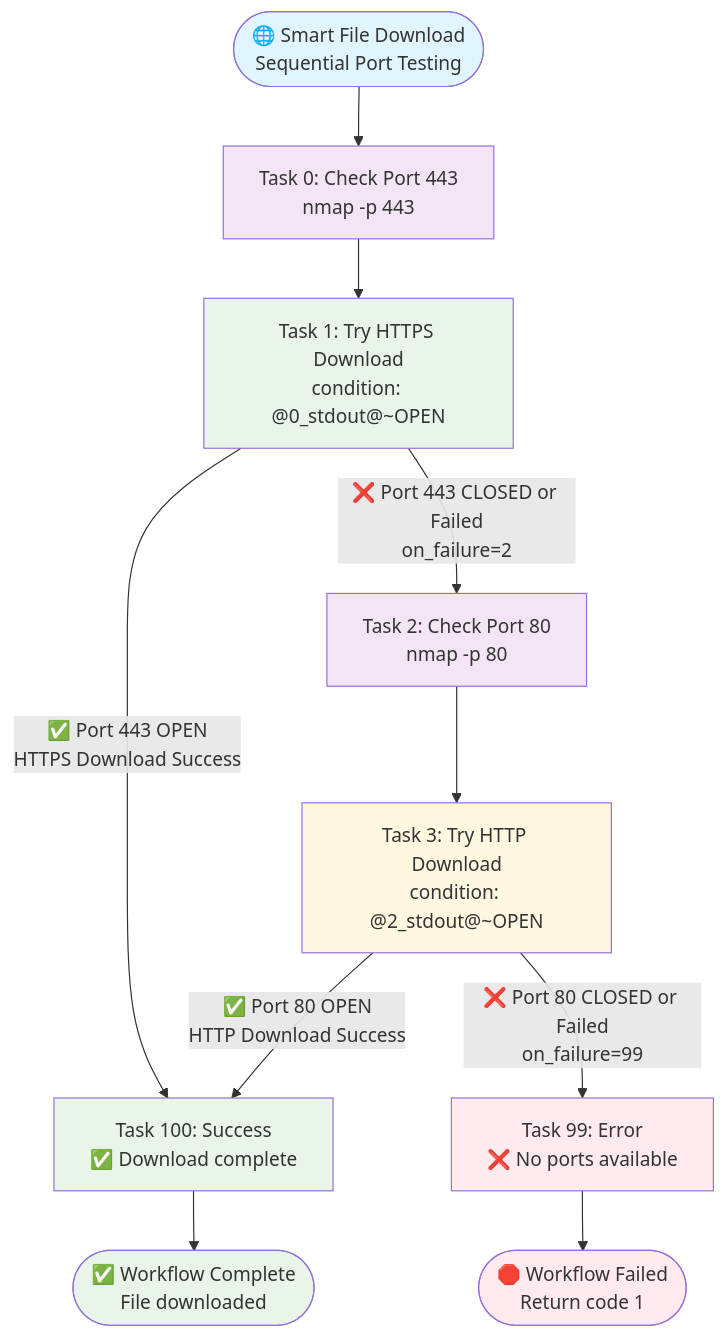
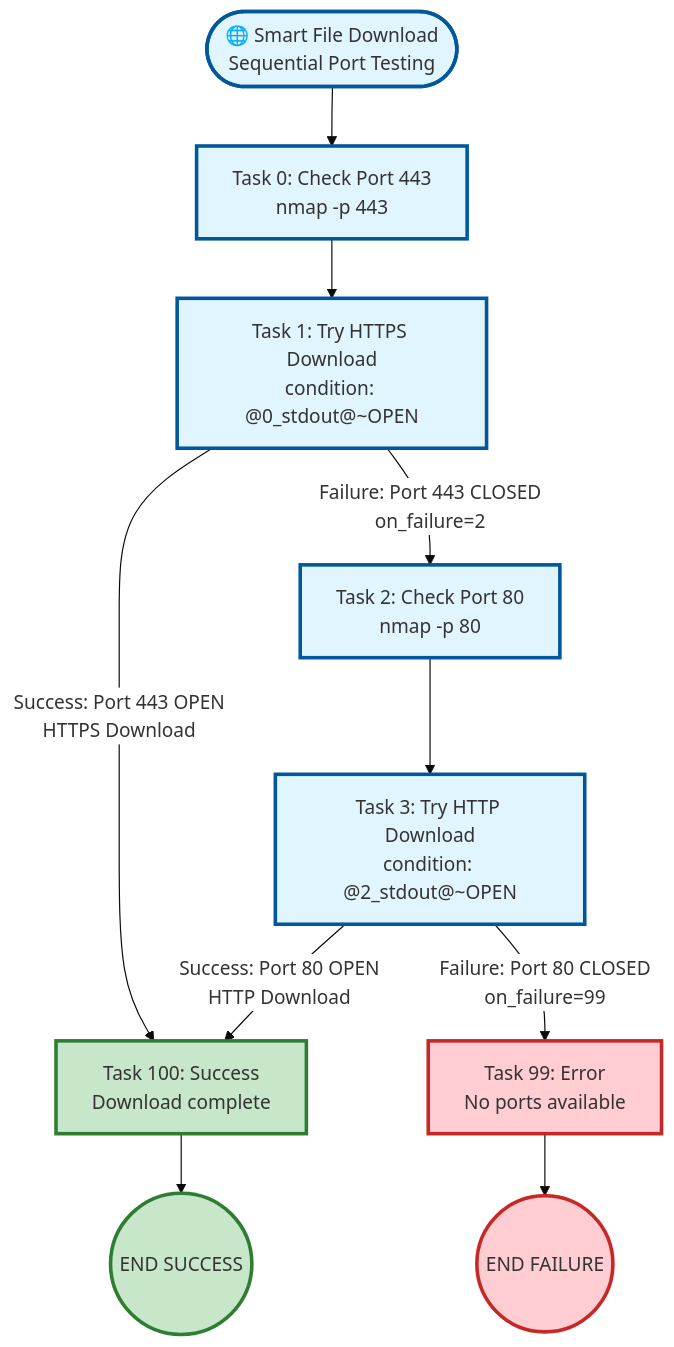
The fourth of 4 diagrams in README.md (bastelbude1/Tasker), drawn with Mermaid before and after one commit. The commit also changed other lines of this file, not shown here.

Commit message:
Fix: Standardize all graph colors and styling to match TaskER_FlowChart.md
- Updated first example graph (Service Health Check) with consistent colors:
  - Blue (#e1f5fe) for task execution blocks
  - Yellow (#ffecb3) for success evaluation blocks
  - Green (#c8e6c9) for success paths
  - Red (#ffcdd2) for failure paths

- Updated Smart File Download graph with same color scheme
- Added %%{init} directive for consistent theme
- Changed from 'graph TD' to 'flowchart TD' for consistency
- Used stroke-width:3px for all elements
- Standardized END blocks ((END SUCCESS)) and ((END FAILURE))

Color scheme now matches TaskER_FlowChart.md exactly

````diff
--- a/README.md
+++ b/README.md
@@ -2175,25 +2176,26 @@
 ```mermaid
-graph TD
+%%{init: {'theme':'base', 'themeVariables': {'primaryColor':'#ffffff'}}}%%
+flowchart TD
     Start([🌐 Smart File Download<br/>Sequential Port Testing]) --> T0[Task 0: Check Port 443<br/>nmap -p 443]
     T0 --> T1[Task 1: Try HTTPS Download<br/>condition: @0_stdout@~OPEN]
 
-    T1 -->|✅ Port 443 OPEN<br/>HTTPS Download Success| Success[Task 100: Success<br/>✅ Download complete]
-    T1 -->|❌ Port 443 CLOSED or Failed<br/>on_failure=2| T2[Task 2: Check Port 80<br/>nmap -p 80]
+    T1 -->|Success: Port 443 OPEN<br/>HTTPS Download| Success[Task 100: Success<br/>Download complete]
+    T1 -->|Failure: Port 443 CLOSED<br/>on_failure=2| T2[Task 2: Check Port 80<br/>nmap -p 80]
 
     T2 --> T3[Task 3: Try HTTP Download<br/>condition: @2_stdout@~OPEN]
-    T3 -->|✅ Port 80 OPEN<br/>HTTP Download Success| Success
-    T3 -->|❌ Port 80 CLOSED or Failed<br/>on_failure=99| Failed[Task 99: Error<br/>❌ No ports available]
+    T3 -->|Success: Port 80 OPEN<br/>HTTP Download| Success
+    T3 -->|Failure: Port 80 CLOSED<br/>on_failure=99| Failed[Task 99: Error<br/>No ports available]
 
-    Success --> Complete([✅ Workflow Complete<br/>File downloaded])
-    Failed --> Stop([🛑 Workflow Failed<br/>Return code 1])
+    Success --> Complete((END SUCCESS))
+    Failed --> Stop((END FAILURE))
 
-    style Start fill:#e1f5fe
-    style T0 fill:#f3e5f5
-    style T1 fill:#e8f5e8
-    style T2 fill:#f3e5f5
-    style T3 fill:#fff8e1
-    style Success fill:#e8f5e8
-    style Failed fill:#ffebee
-    style Complete fill:#e8f5e8
-    style Stop fill:#ffebee
+    style Start fill:#e1f5fe,stroke:#01579b,stroke-width:3px
+    style T0 fill:#e1f5fe,stroke:#01579b,stroke-width:3px
+    style T1 fill:#e1f5fe,stroke:#01579b,stroke-width:3px
+    style T2 fill:#e1f5fe,stroke:#01579b,stroke-width:3px
+    style T3 fill:#e1f5fe,stroke:#01579b,stroke-width:3px
+    style Success fill:#c8e6c9,stroke:#2e7d32,stroke-width:3px
+    style Failed fill:#ffcdd2,stroke:#c62828,stroke-width:3px
+    style Complete fill:#c8e6c9,stroke:#2e7d32,stroke-width:3px
+    style Stop fill:#ffcdd2,stroke:#c62828,stroke-width:3px
 ```
````
